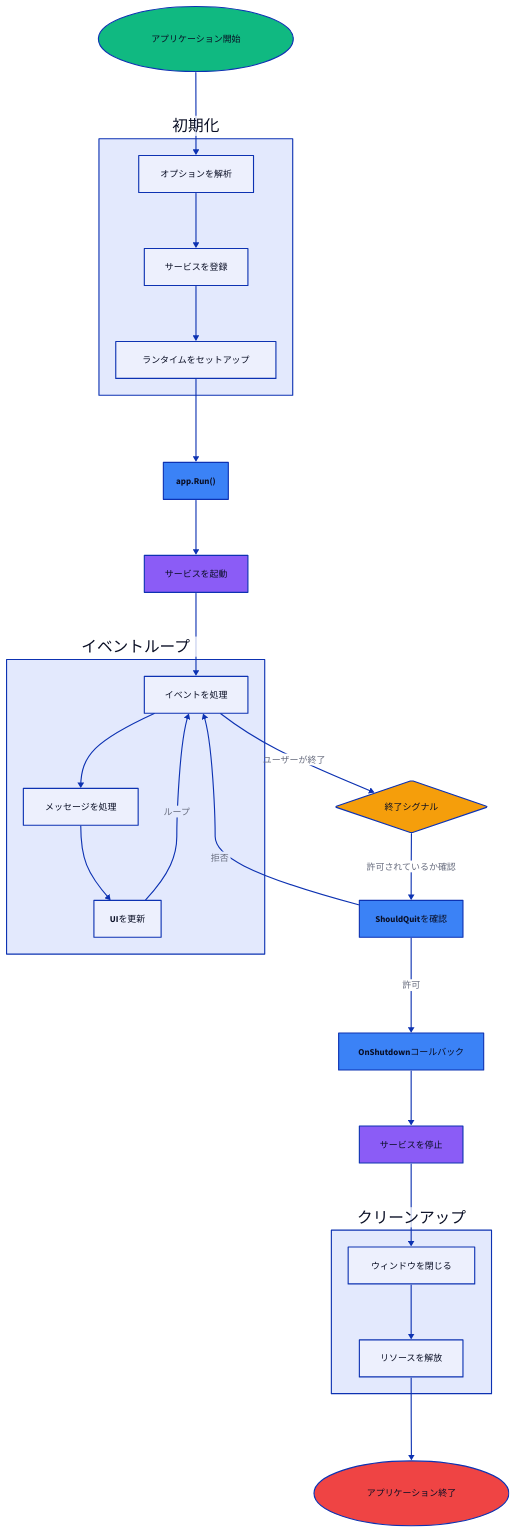
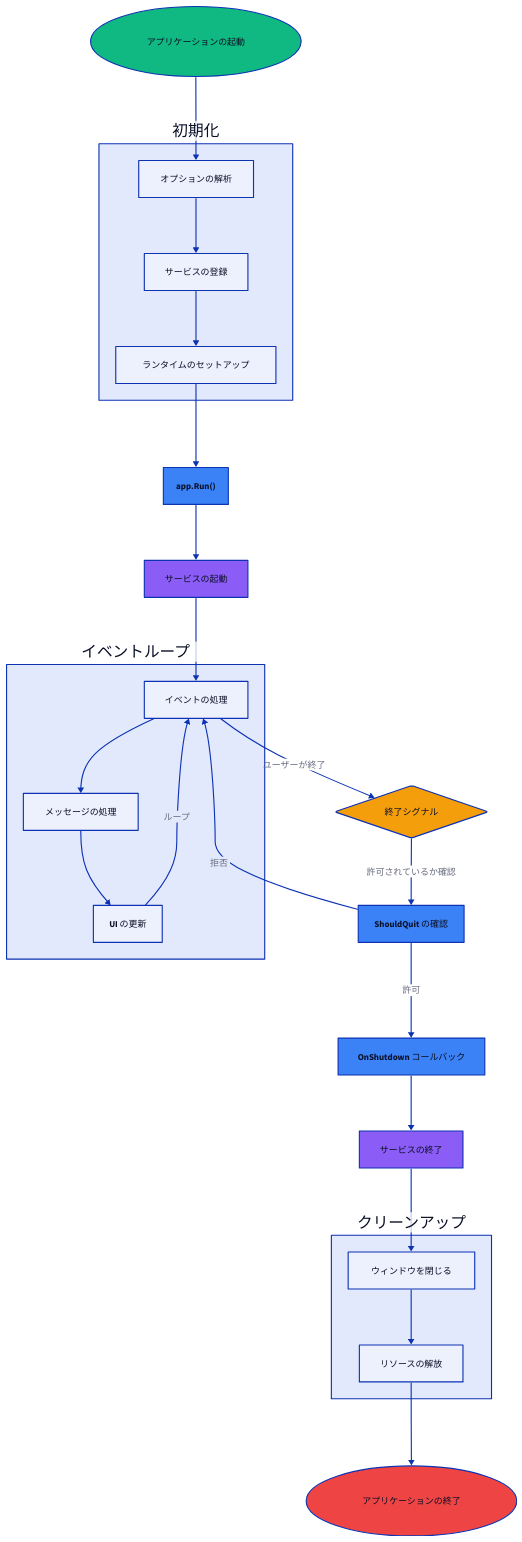
One commit to wailsapp/wails changed the first of 2 diagrams in docs/mpress/content/ja/concepts/lifecycle.md. Above: the diagram before and after it, drawn with D2. The commit also changed other lines of this file and 1096 other files, not shown here.

````diff
--- a/docs/mpress/content/ja/concepts/lifecycle.md
+++ b/docs/mpress/content/ja/concepts/lifecycle.md
@@ -14,19 +14,19 @@
 ```d2
 direction: down
 
-Start: アプリケーション開始 {
+Start: アプリケーションの起動 {
   shape: oval
   style.fill: "#10B981"
 }
 
 Init: 初期化 {
-  Parse: オプションを解析 {
+  Parse: オプションの解析 {
     shape: rectangle
   }
-  Register: サービスを登録 {
+  Register: サービスの登録 {
     shape: rectangle
   }
-  Setup: ランタイムをセットアップ {
+  Setup: ランタイムのセットアップ {
     shape: rectangle
   }
 }
@@ -36,19 +36,19 @@
   style.fill: "#3B82F6"
 }
 
-ServiceStartup: サービスを起動 {
+ServiceStartup: サービスの起動 {
   shape: rectangle
   style.fill: "#8B5CF6"
 }
 
 EventLoop: イベントループ {
-  Process: イベントを処理 {
+  Process: イベントの処理 {
     shape: rectangle
   }
-  Handle: メッセージを処理 {
+  Handle: メッセージの処理 {
     shape: rectangle
   }
-  Update: UIを更新 {
+  Update: UI の更新 {
     shape: rectangle
   }
 }
@@ -58,17 +58,17 @@
   style.fill: "#F59E0B"
 }
 
-ShouldQuit: ShouldQuitを確認 {
+ShouldQuit: ShouldQuit の確認 {
   shape: rectangle
   style.fill: "#3B82F6"
 }
 
-OnShutdown: OnShutdownコールバック {
+OnShutdown: OnShutdown コールバック {
   shape: rectangle
   style.fill: "#3B82F6"
 }
 
-ServiceShutdown: サービスを停止 {
+ServiceShutdown: サービスの終了 {
   shape: rectangle
   style.fill: "#8B5CF6"
 }
@@ -77,12 +77,12 @@
   Close: ウィンドウを閉じる {
     shape: rectangle
   }
-  Release: リソースを解放 {
+  Release: リソースの解放 {
     shape: rectangle
   }
 }
 
-End: アプリケーション終了 {
+End: アプリケーションの終了 {
   shape: oval
   style.fill: "#EF4444"
 }
````
